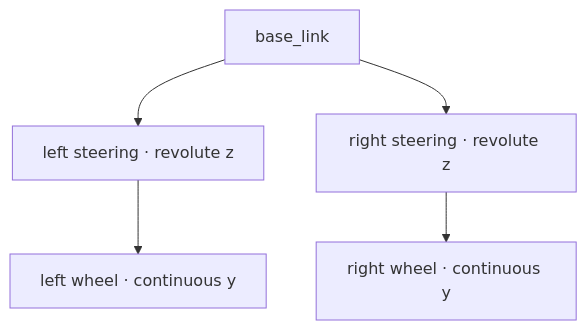
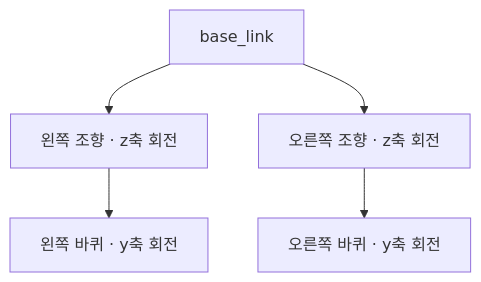
One commit to kimhoyun-robotair/robotics-sim-tutorial-kr changed the second of 2 diagrams in docs/04_rover.md. Above: the diagram before and after it, drawn with Mermaid. The commit also changed other lines of this file and 66 other files, not shown here.

````diff
--- a/docs/04_rover.md
+++ b/docs/04_rover.md
@@ -349,7 +354,7 @@
 ```mermaid
 flowchart TB
-  B["base_link"] --> LS["left steering · revolute z"]
-  LS --> LW["left wheel · continuous y"]
-  B --> RS["right steering · revolute z"]
-  RS --> RW["right wheel · continuous y"]
+  B["base_link"] --> LS["왼쪽 조향 · z축 회전"]
+  LS --> LW["왼쪽 바퀴 · y축 회전"]
+  B --> RS["오른쪽 조향 · z축 회전"]
+  RS --> RW["오른쪽 바퀴 · y축 회전"]
 ```
````
